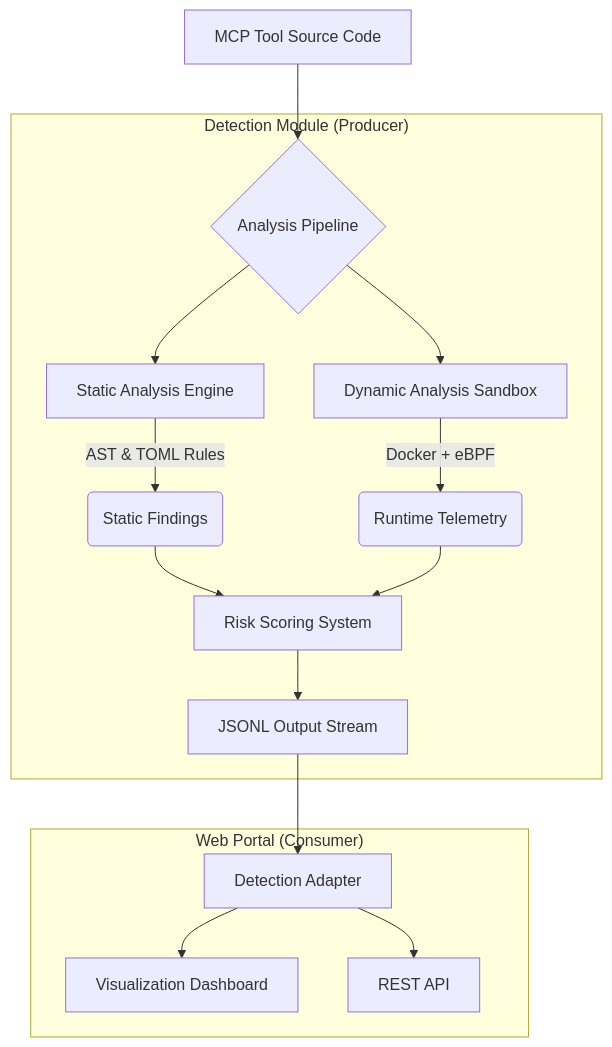
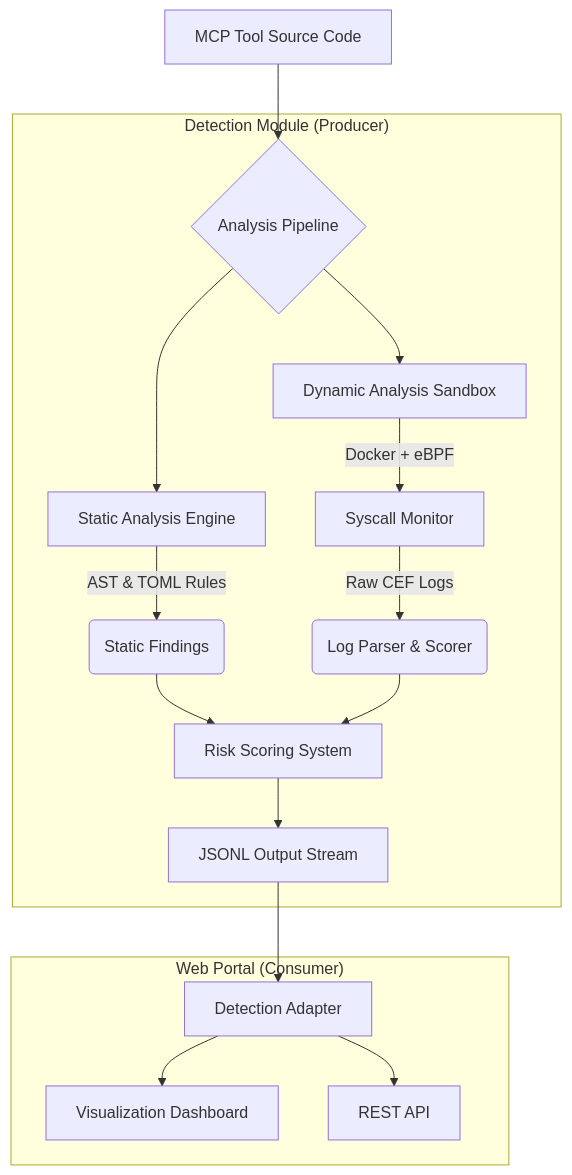
Before and after one commit to Penniesaba/MAT: the diagram in README.md, drawn with Mermaid. The commit also changed other lines of this file, not shown here.

Commit message:
docs: Update documentation with Architecture, Usage, and Coverage details

````diff
--- a/README.md
+++ b/README.md
@@ -21,22 +21,23 @@
 ```mermaid
 graph TD
     A[MCP Tool Source Code] --> B{Analysis Pipeline}
     
     subgraph "Detection Module (Producer)"
         B --> C[Static Analysis Engine]
         C -->|AST & TOML Rules| D(Static Findings)
         
         B --> E[Dynamic Analysis Sandbox]
-        E -->|Docker + eBPF| F(Runtime Telemetry)
+        E -->|Docker + eBPF| F[Syscall Monitor]
+        F -->|Raw CEF Logs| G(Log Parser & Scorer)
         
-        D --> G[Risk Scoring System]
-        F --> G
-        G --> H[JSONL Output Stream]
+        D --> H[Risk Scoring System]
+        G --> H
+        H --> I[JSONL Output Stream]
     end
     
     subgraph "Web Portal (Consumer)"
-        H --> I[Detection Adapter]
-        I --> J[Visualization Dashboard]
-        I --> K[REST API]
+        I --> J[Detection Adapter]
+        J --> K[Visualization Dashboard]
+        J --> L[REST API]
     end
 ```
````
